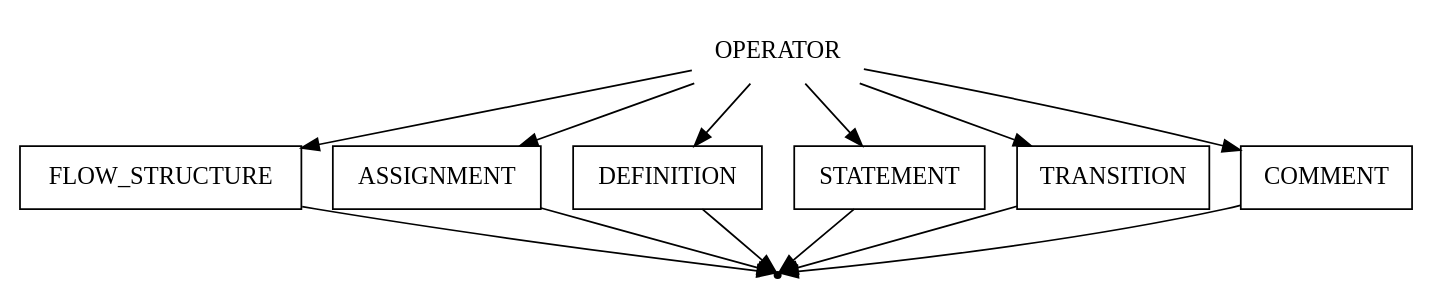
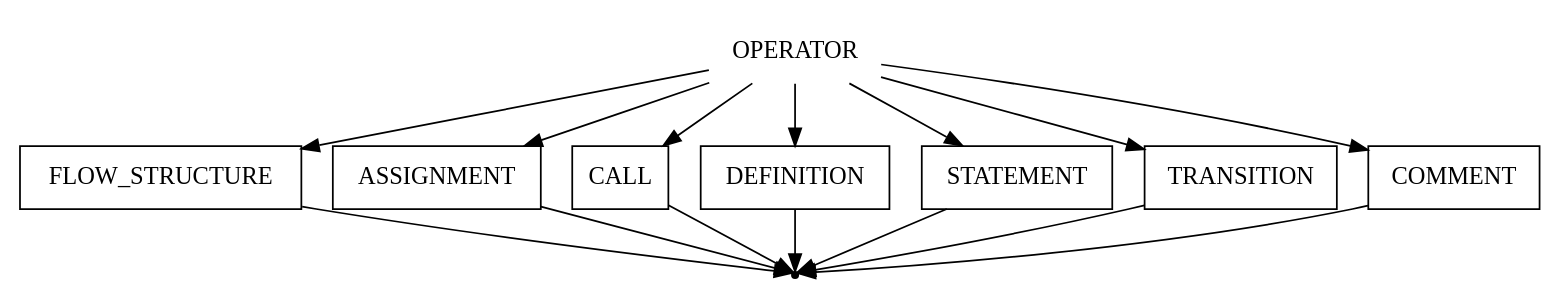
One commit to IMZolin/PSAD changed the diagram in src/PSADParser/grammar/operator.gv. Above: the diagram before and after it, drawn with Graphviz. The commit also changed 10 other files, not shown here.

```diff
--- a/src/PSADParser/grammar/operator.gv
+++ b/src/PSADParser/grammar/operator.gv
@@ -1,23 +1,26 @@
 digraph OPERATOR {
     start [label=OPERATOR shape=plaintext]
     flow_structure [label=FLOW_STRUCTURE shape=box]
     assignment [label=ASSIGNMENT shape=box]
+    call [label=CALL shape=box]
     definition [label=DEFINITION shape=box]
     statement [label=STATEMENT shape=box]
     transition [label=TRANSITION shape=box]
     comment [label=COMMENT shape=box]
     end [label="" shape=point]
 
     start -> flow_structure
     start -> assignment
+    start -> call
     start -> definition
     start -> statement
     start -> transition
     start -> comment
     flow_structure -> end
     assignment -> end
+    call -> end
     definition -> end
     statement -> end
     transition -> end
     comment -> end
 }
```
